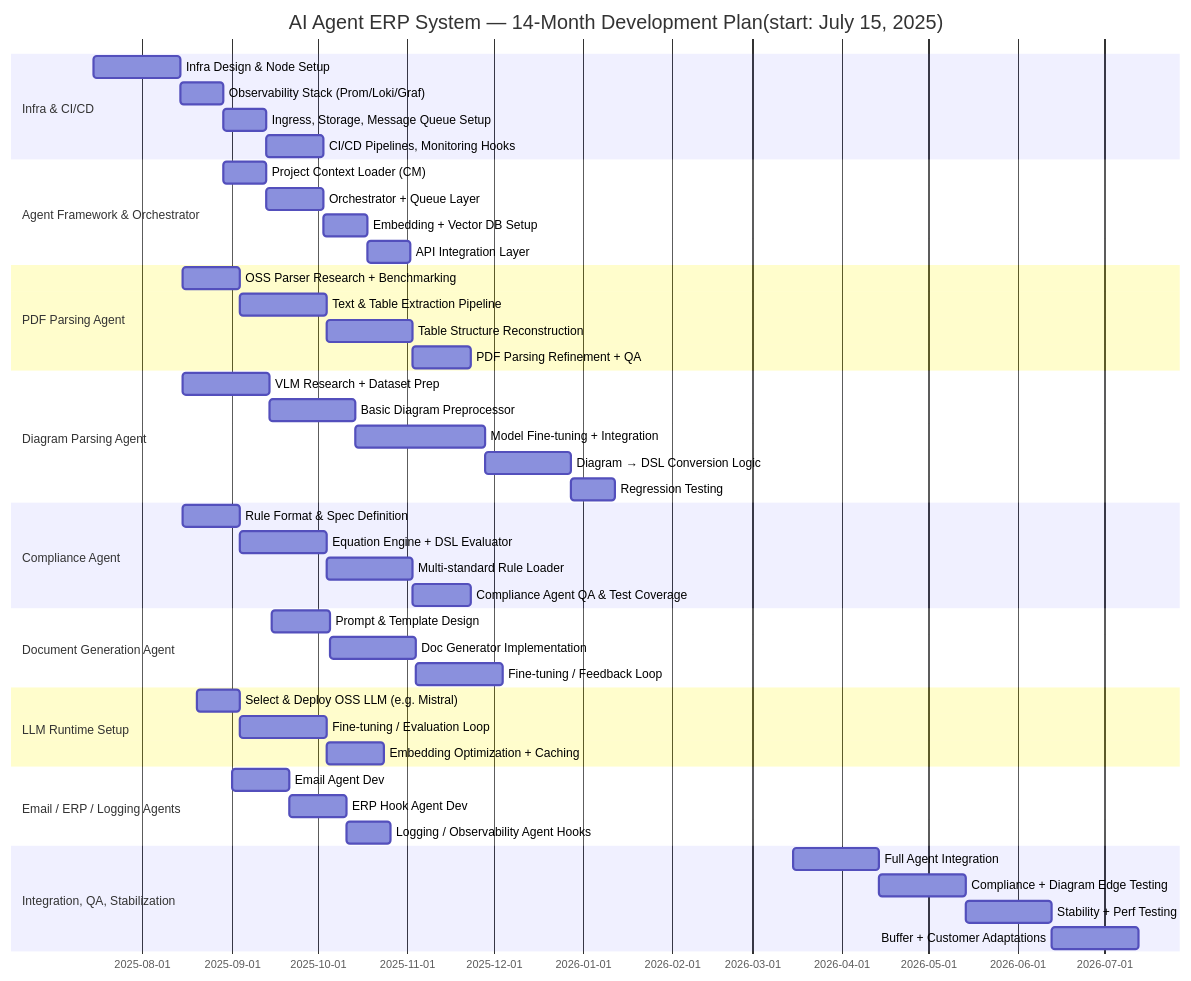
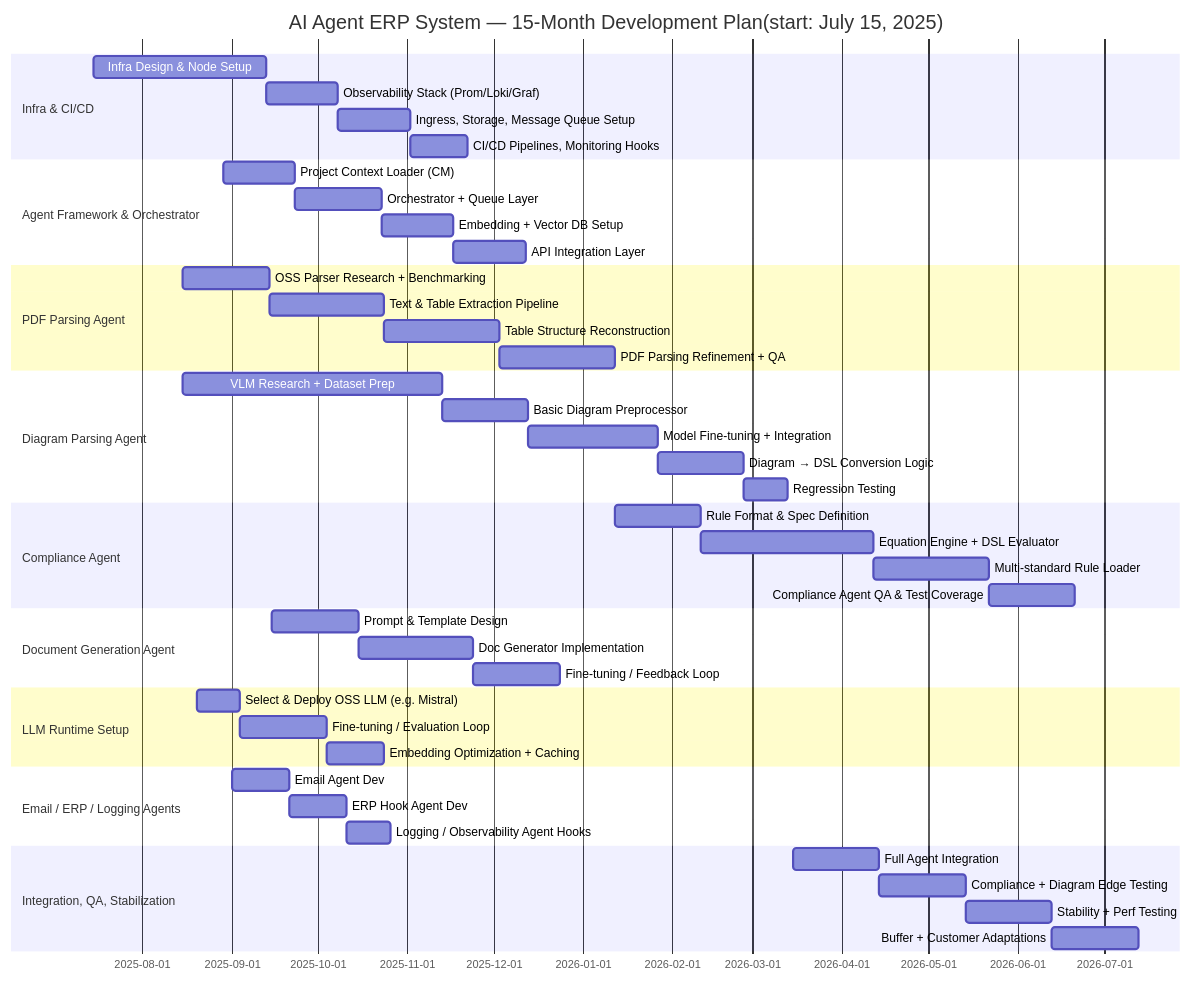
Before and after one commit to nv-mldev/proposals: the fourth of 4 diagrams in prowiz/ver3/infra/README.md, drawn with Mermaid. The commit also changed other lines of this file and 45 other files, not shown here.

````diff
--- a/prowiz/ver3/infra/README.md
+++ b/prowiz/ver3/infra/README.md
@@ -195,62 +195,62 @@
 ```mermaid
- gantt
-  title AI Agent ERP System — 14-Month Development Plan(start: July 15, 2025)
+gantt
+  title AI Agent ERP System — 15-Month Development Plan(start: July 15, 2025)
   dateFormat  YYYY-MM-DD
 
   %% Phase 1: Infrastructure & Planning
   section Infra & CI/CD
-  Infra Design & Node Setup             :a1, 2025-07-15,30d
-  Observability Stack (Prom/Loki/Graf) :a2, after a1, 15d
-  Ingress, Storage, Message Queue Setup:a3, after a2, 15d
+  Infra Design & Node Setup             :a1, 2025-07-15,60d
+  Observability Stack (Prom/Loki/Graf) :a2, after a1, 25d
+  Ingress, Storage, Message Queue Setup:a3, after a2, 25d
   CI/CD Pipelines, Monitoring Hooks    :a4, after a3, 20d
 
   %% Phase 2: Core Framework
   section Agent Framework & Orchestrator
-  Project Context Loader (CM)          :b1, 2025-08-29,15d
-  Orchestrator + Queue Layer           :b2, after b1, 20d
-  Embedding + Vector DB Setup          :b3, after b2, 15d
-  API Integration Layer                :b4, after b3, 15d
+  Project Context Loader (CM)          :b1, 2025-08-29,25d
+  Orchestrator + Queue Layer           :b2, after b1, 30d
+  Embedding + Vector DB Setup          :b3, after b2, 25d
+  API Integration Layer                :b4, after b3, 25d
 
   %% Phase 3: Agent Development
   section PDF Parsing Agent
-  OSS Parser Research + Benchmarking   :c1, 2025-08-15, 20d
-  Text & Table Extraction Pipeline     :c2, after c1, 30d
-  Table Structure Reconstruction       :c3, after c2, 30d
-  PDF Parsing Refinement + QA          :c4, after c3, 20d
+  OSS Parser Research + Benchmarking   :c1, 2025-08-15, 30d
+  Text & Table Extraction Pipeline     :c2, after c1, 40d
+  Table Structure Reconstruction       :c3, after c2, 40d
+  PDF Parsing Refinement + QA          :c4, after c3, 40d
 
   section Diagram Parsing Agent
-  VLM Research + Dataset Prep          :d1, 2025-08-15, 30d
+  VLM Research + Dataset Prep          :d1, 2025-08-15,90d
   Basic Diagram Preprocessor           :d2, after d1, 30d
   Model Fine-tuning + Integration      :d3, after d2, 45d
   Diagram → DSL Conversion Logic       :d4, after d3, 30d
   Regression Testing                   :d5, after d4, 15d
 
   section Compliance Agent
-  Rule Format & Spec Definition        :e1, 2025-08-15, 20d
-  Equation Engine + DSL Evaluator      :e2, after e1, 30d
-  Multi-standard Rule Loader           :e3, after e2, 30d
-  Compliance Agent QA & Test Coverage  :e4, after e3, 20d
+  Rule Format & Spec Definition        :e1, after c4, 30d
+  Equation Engine + DSL Evaluator      :e2, after e1, 60d
+  Multi-standard Rule Loader           :e3, after e2, 40d
+  Compliance Agent QA & Test Coverage  :e4, after e3, 30d
 
   section Document Generation Agent
-  Prompt & Template Design             :f1, 2025-09-15, 20d
-  Doc Generator Implementation         :f2, after f1, 30d
+  Prompt & Template Design             :f1, 2025-09-15, 30d
+  Doc Generator Implementation         :f2, after f1, 40d
   Fine-tuning / Feedback Loop          :f3, after f2, 30d
 
   section LLM Runtime Setup
   Select & Deploy OSS LLM (e.g. Mistral):g1, 2025-08-20, 15d
   Fine-tuning / Evaluation Loop        :g2, after g1, 30d
   Embedding Optimization + Caching     :g3, after g2, 20d
 
   section Email / ERP / Logging Agents
   Email Agent Dev                      :h1, 2025-09-01, 20d
   ERP Hook Agent Dev                   :h2, after h1, 20d
   Logging / Observability Agent Hooks  :h3, after h2, 15d
 
   %% Final Integration
   section Integration, QA, Stabilization
   Full Agent Integration               :i1, 2026-03-15, 30d
   Compliance + Diagram Edge Testing    :i2, after i1, 30d
   Stability + Perf Testing             :i3, after i2, 30d
   Buffer + Customer Adaptations        :i4, after i3, 30d
 
 ```
````
